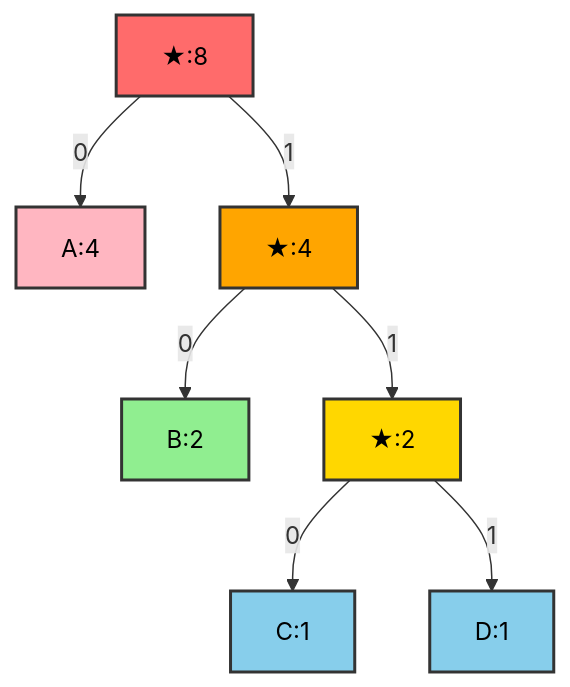
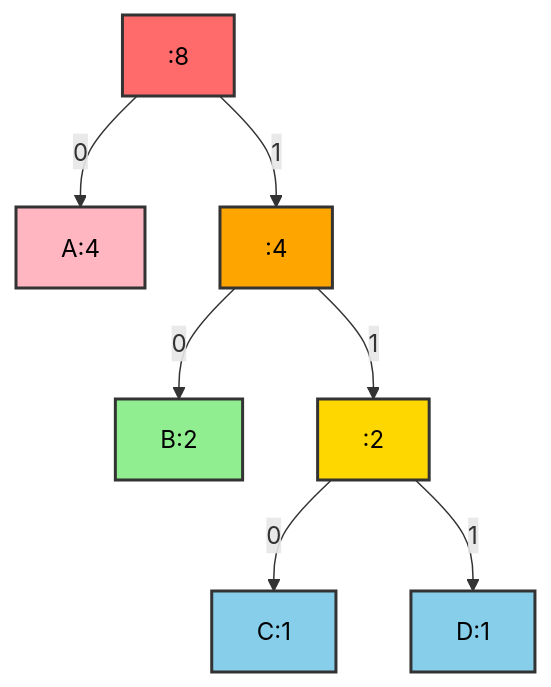
The fourth of 7 diagrams in Year_2/Semester_3/DSA_DATA_STRUCTURES_ALGORITHMS/Lectures/Huffman_Coding.md (PanagopoulosNikolaos/DitOpenNotes), drawn with Mermaid before and after one commit. The commit also changed other lines of this file and 24 other files, not shown here.

````diff
--- a/Year_2/Semester_3/DSA_DATA_STRUCTURES_ALGORITHMS/Lectures/Huffman_Coding.md
+++ b/Year_2/Semester_3/DSA_DATA_STRUCTURES_ALGORITHMS/Lectures/Huffman_Coding.md
@@ -215,17 +215,17 @@
 ```mermaid
 graph TD
-    Root["★:8"] -->|0| A["A:4"]
-    Root -->|1| BCD["★:4"]
+    Root[":8"] -->|0| A["A:4"]
+    Root -->|1| BCD[":4"]
     BCD -->|0| B["B:2"]
-    BCD -->|1| CD["★:2"]
+    BCD -->|1| CD[":2"]
     CD -->|0| C["C:1"]
     CD -->|1| D["D:1"]
     
     style Root fill:#FF6B6B,stroke:#333,stroke-width:2px,color:black
     style A fill:#FFB6C1,stroke:#333,stroke-width:2px,color:black
     style BCD fill:#FFA500,stroke:#333,stroke-width:2px,color:black
     style B fill:#90EE90,stroke:#333,stroke-width:2px,color:black
     style CD fill:#FFD700,stroke:#333,stroke-width:2px,color:black
     style C fill:#87CEEB,stroke:#333,stroke-width:2px,color:black
     style D fill:#87CEEB,stroke:#333,stroke-width:2px,color:black
 ```
````
